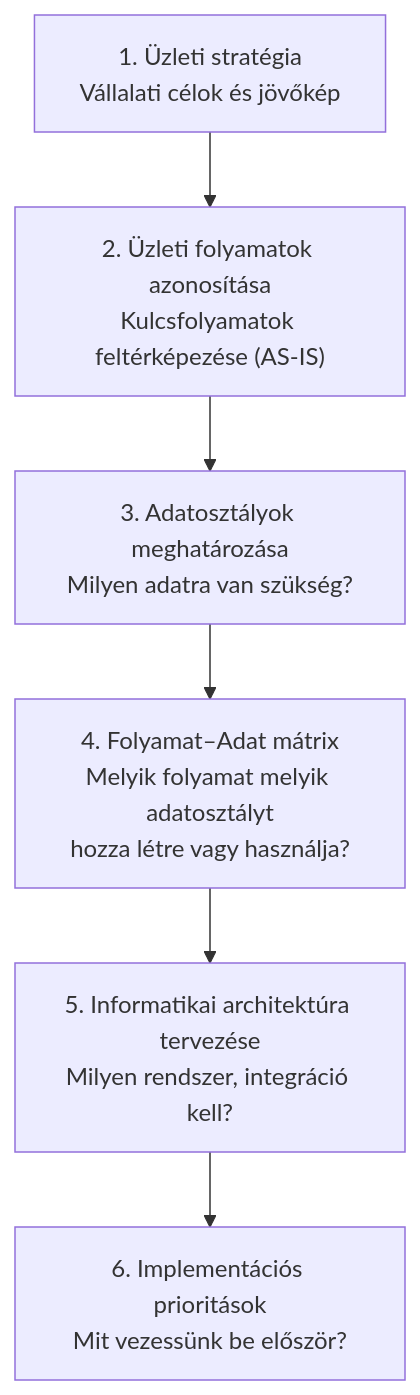
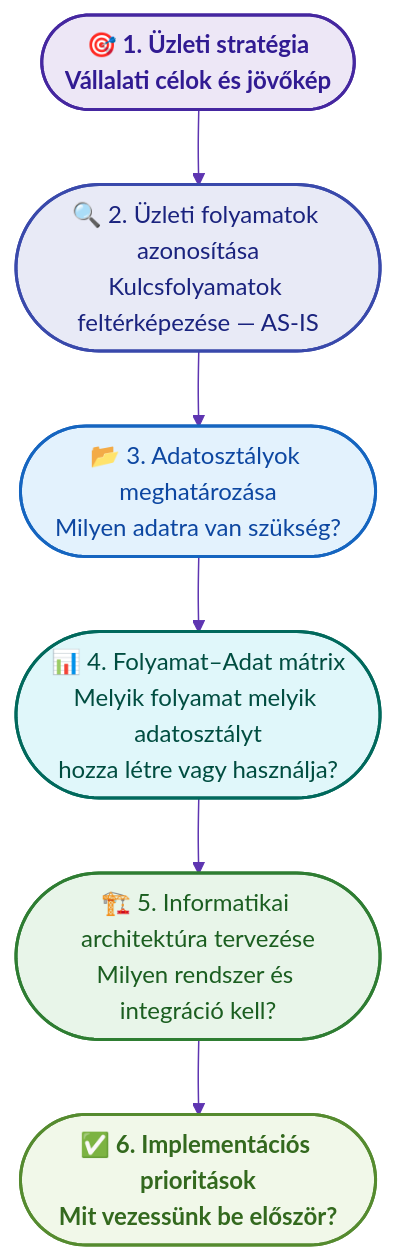
The third of 4 diagrams in Tételek/V15-GMXIV2MBLF-ERP projektmenedzsment és üzemeltetés.tétel.md (denespocsik/MM_BSC_Zarovizsga), drawn with Mermaid before and after one commit. The commit also changed other lines of this file and 4 other files, not shown here.

First line of the commit message:
docs(záróvizsga): modernize Mermaid diagrams in V11–V15, enrich GMXIV2MBLF content

````diff
--- a/Tételek/V15-GMXIV2MBLF-ERP projektmenedzsment és üzemeltetés.tétel.md
+++ b/Tételek/V15-GMXIV2MBLF-ERP projektmenedzsment és üzemeltetés.tétel.md
@@ -107,11 +117,19 @@
 ```mermaid
+%%{init: {'theme': 'base', 'themeVariables': {'primaryColor': '#EDE7F6', 'primaryBorderColor': '#4527A0', 'lineColor': '#5E35B1'}}}%%
 flowchart TD
-    A["1. Üzleti stratégia\nVállalati célok és jövőkép"]
-    B["2. Üzleti folyamatok azonosítása\nKulcsfolyamatok feltérképezése (AS-IS)"]
-    C["3. Adatosztályok meghatározása\nMilyen adatra van szükség?"]
-    D["4. Folyamat–Adat mátrix\nMelyik folyamat melyik adatosztályt\nhozza létre vagy használja?"]
-    E["5. Informatikai architektúra tervezése\nMilyen rendszer, integráció kell?"]
-    F["6. Implementációs prioritások\nMit vezessünk be először?"]
+    classDef s1 fill:#EDE7F6,stroke:#4527A0,stroke-width:2px,color:#311B92,font-weight:bold
+    classDef s2 fill:#E8EAF6,stroke:#3949AB,stroke-width:2px,color:#1A237E
+    classDef s3 fill:#E3F2FD,stroke:#1565C0,stroke-width:2px,color:#0D47A1
+    classDef s4 fill:#E0F7FA,stroke:#00695C,stroke-width:2px,color:#004D40
+    classDef s5 fill:#E8F5E9,stroke:#2E7D32,stroke-width:2px,color:#1B5E20
+    classDef s6 fill:#F1F8E9,stroke:#558B2F,stroke-width:2px,color:#33691E,font-weight:bold
+
+    A(["🎯 1. Üzleti stratégia\nVállalati célok és jövőkép"]):::s1
+    B(["🔍 2. Üzleti folyamatok azonosítása\nKulcsfolyamatok feltérképezése — AS-IS"]):::s2
+    C(["📂 3. Adatosztályok meghatározása\nMilyen adatra van szükség?"]):::s3
+    D(["📊 4. Folyamat–Adat mátrix\nMelyik folyamat melyik adatosztályt\nhozza létre vagy használja?"]):::s4
+    E(["🏗️ 5. Informatikai architektúra tervezése\nMilyen rendszer és integráció kell?"]):::s5
+    F(["✅ 6. Implementációs prioritások\nMit vezessünk be először?"]):::s6
 
     A --> B --> C --> D --> E --> F
 ```
````
